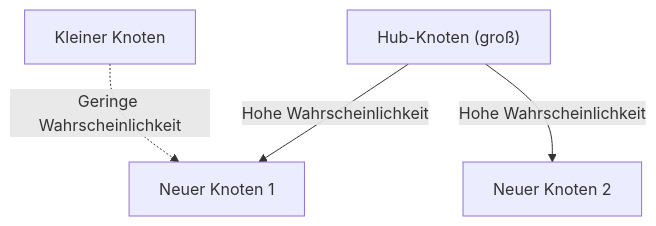
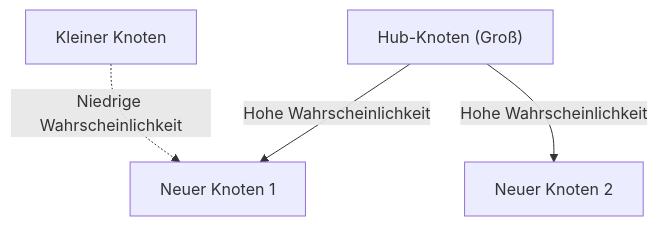
Before and after one commit to kenjinote/blog: the diagram in content/post/zipfs-law/index.de.md, drawn with Mermaid. The commit also changed other lines of this file and 97 other files, not shown here.

````diff
--- a/content/post/zipfs-law/index.de.md
+++ b/content/post/zipfs-law/index.de.md
@@ -115,6 +115,6 @@
 ```mermaid
 graph TD
-  A["Hub-Knoten (groß)"] -->|"Hohe Wahrscheinlichkeit"| B["Neuer Knoten 1"]
+  A["Hub-Knoten (Groß)"] -->|"Hohe Wahrscheinlichkeit"| B["Neuer Knoten 1"]
   A -->|"Hohe Wahrscheinlichkeit"| C["Neuer Knoten 2"]
-  D["Kleiner Knoten"] -.->|"Geringe Wahrscheinlichkeit"| B
+  D["Kleiner Knoten"] -.->|"Niedrige Wahrscheinlichkeit"| B
 ```
````
